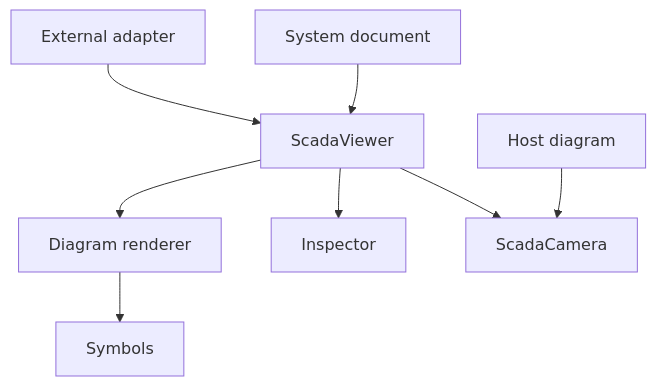
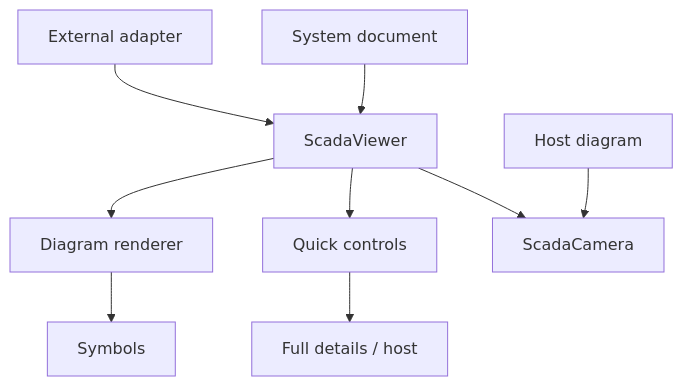
Before and after one commit to Valpatel/cad-agent: the diagram in software/cadagent/webkit/scada/ui/src/viewer/README.md, drawn with Mermaid. The commit also changed other lines of this file and 6 other files, not shown here.

````diff
--- a/software/cadagent/webkit/scada/ui/src/viewer/README.md
+++ b/software/cadagent/webkit/scada/ui/src/viewer/README.md
@@ -5,10 +5,11 @@
 ```mermaid
 flowchart TD
   Session["External adapter"] --> Controller["ScadaViewer"]
   Document["System document"] --> Controller
   Controller --> Diagram["Diagram renderer"]
-  Controller --> Inspector["Inspector"]
+  Controller --> Quick["Quick controls"]
+  Quick --> Details["Full details / host"]
   Controller --> Camera["ScadaCamera"]
   Diagram --> Symbols["Symbols"]
   Host["Host diagram"] --> Camera
 ```
````
